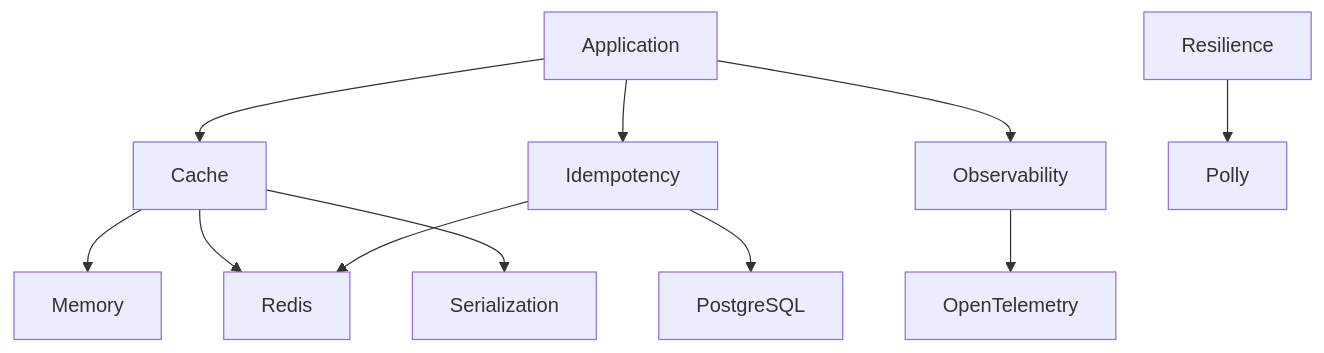
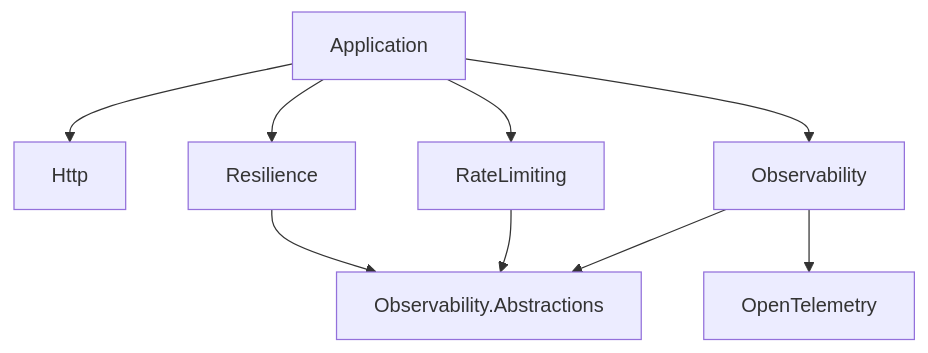
Before and after one commit to FEDERIN/CoreSystem: the diagram in README.md, drawn with Mermaid. The commit also changed other lines of this file, not shown here.

````diff
--- a/README.md
+++ b/README.md
@@ -72,18 +59,14 @@
 ``` mermaid
 graph TD
 
-Application --> Cache
-Application --> Idempotency
+Application --> Http
+Application --> RateLimiting
+Application --> Resilience
 Application --> Observability
 
-Cache --> Memory
-Cache --> Redis
-Cache --> Serialization
+Resilience --> Observability.Abstractions
+RateLimiting --> Observability.Abstractions
 
-Idempotency --> Redis
-Idempotency --> PostgreSQL
-
+Observability --> Observability.Abstractions
 Observability --> OpenTelemetry
-
-Resilience --> Polly
 ```
````
